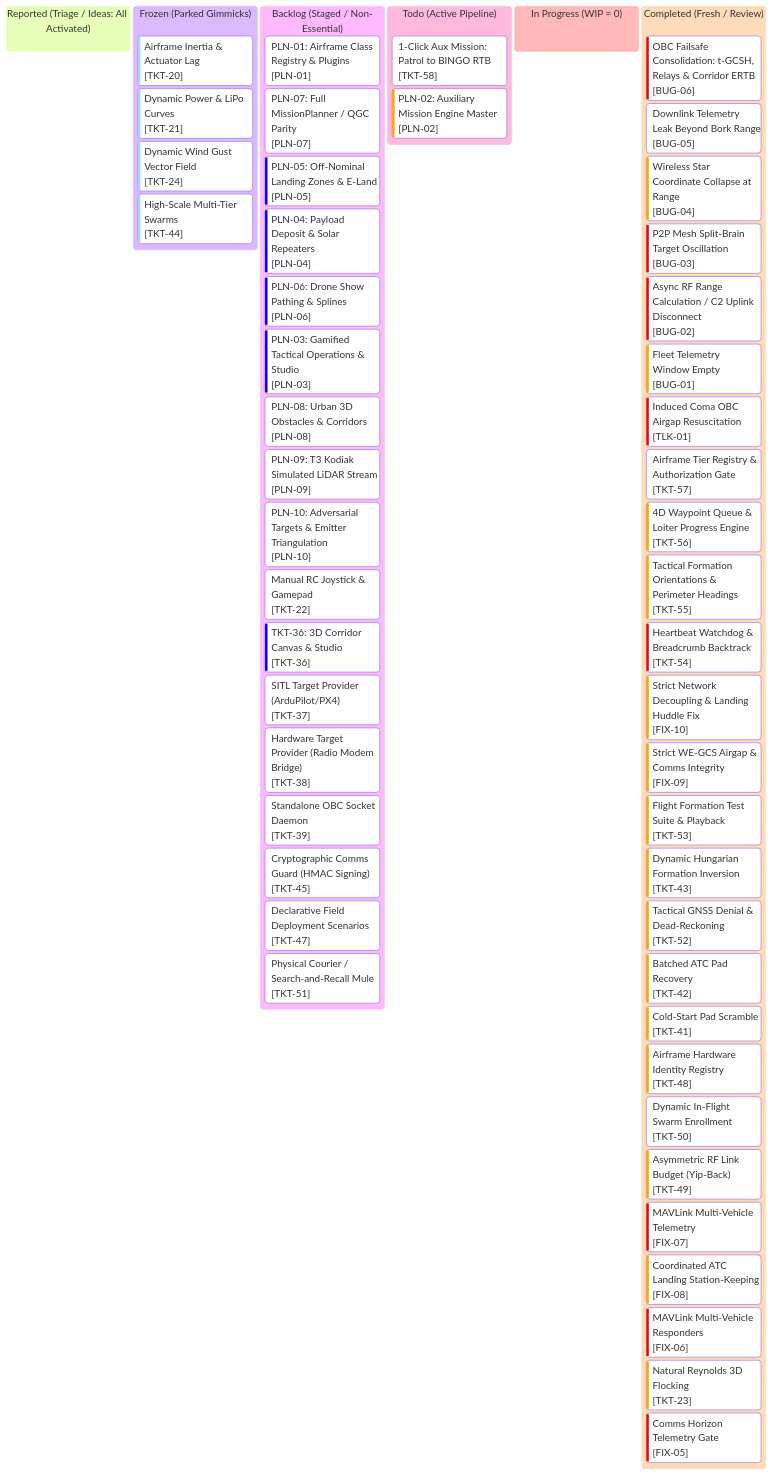
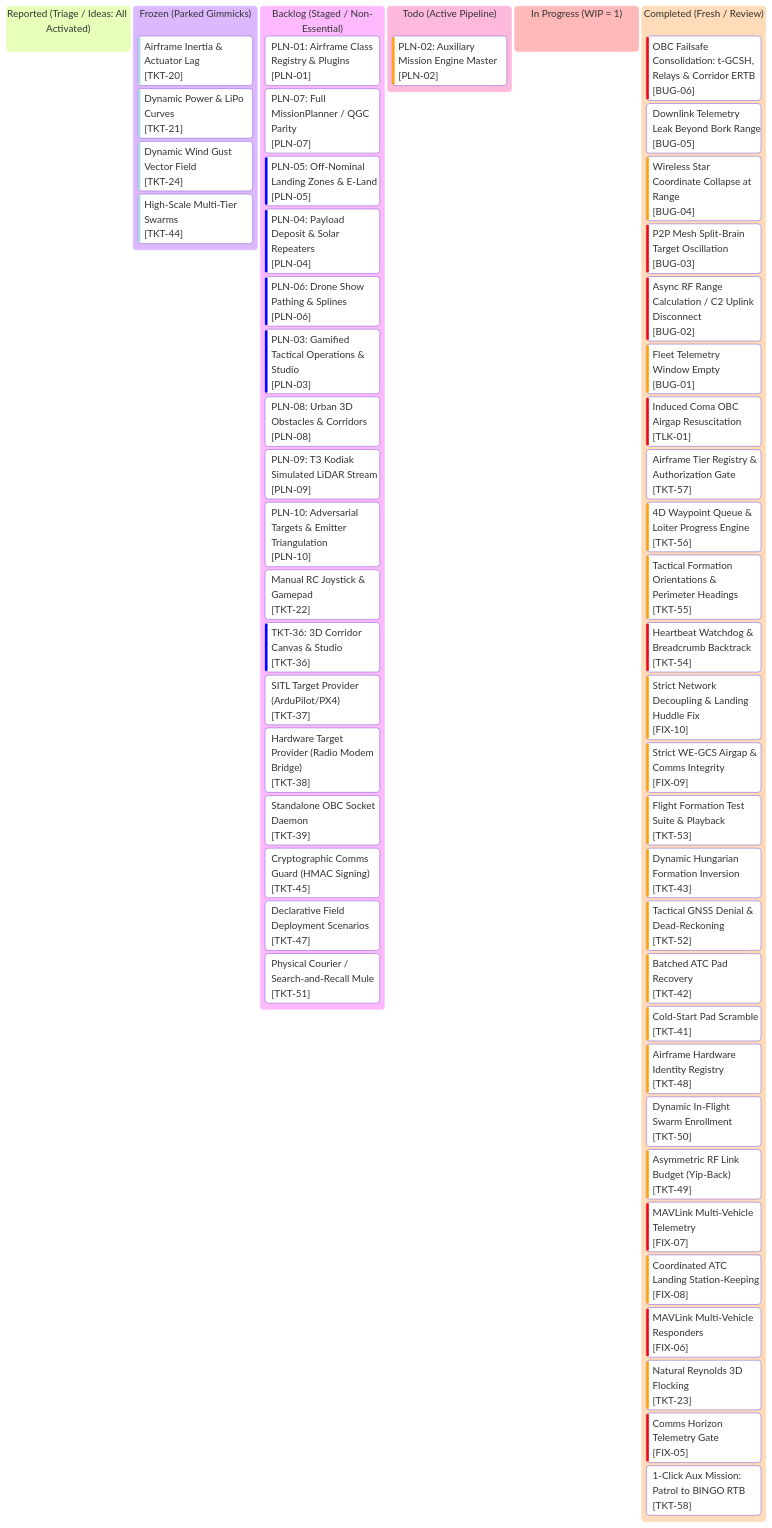
One commit to AlitheiaDeus/AlitheiaHive changed the diagram in roadmap/kanban.md. Above: the diagram before and after it, drawn with Mermaid. The commit also changed 9 other files, not shown here.

First line of the commit message:
feat(c2): 1-click aux mission patrol to BINGO RTB (TKT-58)

````diff
--- a/roadmap/kanban.md
+++ b/roadmap/kanban.md
@@ -10,78 +10,78 @@
 ```mermaid
 %%{init: {
   'theme': 'base',
   'themeVariables': {
     'primaryColor': '#0d2235',
     'primaryTextColor': '#d4f4ff',
     'primaryBorderColor': '#00f0ff',
     'lineColor': '#00f0ff',
     'background': '#061019',
     'mainBkg': '#0a1926',
     'secondaryColor': '#081420',
     'secondaryTextColor': '#5a7e96',
     'secondaryBorderColor': '#134e6f',
     'tertiaryColor': '#0e263d',
     'tertiaryTextColor': '#00ffaa',
     'tertiaryBorderColor': '#00ffaa',
     'clusterBkg': '#081420',
     'clusterBorder': '#134e6f',
     'fontFamily': "'JetBrains Mono', 'Courier New', monospace"
   }
 }}%%
 kanban
   reported["Reported (Triage / Ideas: All Activated)"]
   frozen["Frozen (Parked Gimmicks)"]
     tkt20["Airframe Inertia & Actuator Lag"]@{ ticket: '[TKT-20]', priority: 'Very Low' }
     tkt21["Dynamic Power & LiPo Curves"]@{ ticket: '[TKT-21]', priority: 'Very Low' }
     tkt24["Dynamic Wind Gust Vector Field"]@{ ticket: '[TKT-24]', priority: 'Very Low' }
     tkt44["High-Scale Multi-Tier Swarms"]@{ ticket: '[TKT-44]', priority: 'Very Low' }
   backlog["Backlog (Staged / Non-Essential)"]
     pln01["PLN-01: Airframe Class Registry & Plugins"]@{ ticket: '[PLN-01]', priority: 'Medium' }
     pln07["PLN-07: Full MissionPlanner / QGC Parity"]@{ ticket: '[PLN-07]', priority: 'Medium' }
     pln05["PLN-05: Off-Nominal Landing Zones & E-Land"]@{ ticket: '[PLN-05]', priority: 'Low' }
     pln04["PLN-04: Payload Deposit & Solar Repeaters"]@{ ticket: '[PLN-04]', priority: 'Low' }
     pln06["PLN-06: Drone Show Pathing & Splines"]@{ ticket: '[PLN-06]', priority: 'Low' }
     pln03["PLN-03: Gamified Tactical Operations & Studio"]@{ ticket: '[PLN-03]', priority: 'Low' }
     pln08["PLN-08: Urban 3D Obstacles & Corridors"]@{ ticket: '[PLN-08]', priority: 'Medium' }
     pln09["PLN-09: T3 Kodiak Simulated LiDAR Stream"]@{ ticket: '[PLN-09]', priority: 'Medium' }
     pln10["PLN-10: Adversarial Targets & Emitter Triangulation"]@{ ticket: '[PLN-10]', priority: 'Medium' }
     tkt22["Manual RC Joystick & Gamepad"]@{ ticket: '[TKT-22]', priority: 'Medium' }
     tkt36["TKT-36: 3D Corridor Canvas & Studio"]@{ ticket: '[TKT-36]', priority: 'Low' }
     tkt37["SITL Target Provider (ArduPilot/PX4)"]@{ ticket: '[TKT-37]', priority: 'Medium' }
     tkt38["Hardware Target Provider (Radio Modem Bridge)"]@{ ticket: '[TKT-38]', priority: 'Medium' }
     tkt39["Standalone OBC Socket Daemon"]@{ ticket: '[TKT-39]', priority: 'Medium' }
     tkt45["Cryptographic Comms Guard (HMAC Signing)"]@{ ticket: '[TKT-45]', priority: 'Medium' }
     tkt47["Declarative Field Deployment Scenarios"]@{ ticket: '[TKT-47]', priority: 'Medium' }
     tkt51["Physical Courier / Search-and-Recall Mule"]@{ ticket: '[TKT-51]', priority: 'Medium' }
   todo["Todo (Active Pipeline)"]
-    tkt58["1-Click Aux Mission: Patrol to BINGO RTB"]@{ ticket: '[TKT-58]', priority: 'Medium' }
     pln02["PLN-02: Auxiliary Mission Engine Master"]@{ ticket: '[PLN-02]', priority: 'High' }
-  in_progress["In Progress (WIP = 0)"]
+  in_progress["In Progress (WIP = 1)"]
   completed["Completed (Fresh / Review)"]
     bug06["OBC Failsafe Consolidation: t-GCSH, Relays & Corridor ERTB"]@{ ticket: '[BUG-06]', priority: 'Very High' }
     bug05["Downlink Telemetry Leak Beyond Bork Range"]@{ ticket: '[BUG-05]', priority: 'Medium' }
     bug04["Wireless Star Coordinate Collapse at Range"]@{ ticket: '[BUG-04]', priority: 'High' }
     bug03["P2P Mesh Split-Brain Target Oscillation"]@{ ticket: '[BUG-03]', priority: 'Very High' }
     bug02["Async RF Range Calculation / C2 Uplink Disconnect"]@{ ticket: '[BUG-02]', priority: 'Very High' }
     bug01["Fleet Telemetry Window Empty"]@{ ticket: '[BUG-01]', priority: 'High' }
     tlk01["Induced Coma OBC Airgap Resuscitation"]@{ ticket: '[TLK-01]', priority: 'Very High' }
     tkt57["Airframe Tier Registry & Authorization Gate"]@{ ticket: '[TKT-57]', priority: 'Medium' }
     tkt56["4D Waypoint Queue & Loiter Progress Engine"]@{ ticket: '[TKT-56]', priority: 'High' }
     tkt55["Tactical Formation Orientations & Perimeter Headings"]@{ ticket: '[TKT-55]', priority: 'High' }
     tkt54["Heartbeat Watchdog & Breadcrumb Backtrack"]@{ ticket: '[TKT-54]', priority: 'Very High' }
     fix10["Strict Network Decoupling & Landing Huddle Fix"]@{ ticket: '[FIX-10]', priority: 'High' }
     fix09["Strict WE-GCS Airgap & Comms Integrity"]@{ ticket: '[FIX-09]', priority: 'High' }
     tkt53["Flight Formation Test Suite & Playback"]@{ ticket: '[TKT-53]', priority: 'High' }
     tkt43["Dynamic Hungarian Formation Inversion"]@{ ticket: '[TKT-43]', priority: 'High' }
     tkt52["Tactical GNSS Denial & Dead-Reckoning"]@{ ticket: '[TKT-52]', priority: 'High' }
     tkt42["Batched ATC Pad Recovery"]@{ ticket: '[TKT-42]', priority: 'High' }
     tkt41["Cold-Start Pad Scramble"]@{ ticket: '[TKT-41]', priority: 'High' }
     tkt48["Airframe Hardware Identity Registry"]@{ ticket: '[TKT-48]', priority: 'High' }
     tkt50["Dynamic In-Flight Swarm Enrollment"]@{ ticket: '[TKT-50]', priority: 'Medium' }
     tkt49["Asymmetric RF Link Budget (Yip-Back)"]@{ ticket: '[TKT-49]', priority: 'High' }
     fix07["MAVLink Multi-Vehicle Telemetry"]@{ ticket: '[FIX-07]', priority: 'Very High' }
     fix08["Coordinated ATC Landing Station-Keeping"]@{ ticket: '[FIX-08]', priority: 'High' }
     fix06["MAVLink Multi-Vehicle Responders"]@{ ticket: '[FIX-06]', priority: 'Very High' }
     tkt23["Natural Reynolds 3D Flocking"]@{ ticket: '[TKT-23]', priority: 'High' }
     fix05["Comms Horizon Telemetry Gate"]@{ ticket: '[FIX-05]', priority: 'Very High' }
+    tkt58["1-Click Aux Mission: Patrol to BINGO RTB"]@{ ticket: '[TKT-58]', priority: 'Medium' }
 ```
````
